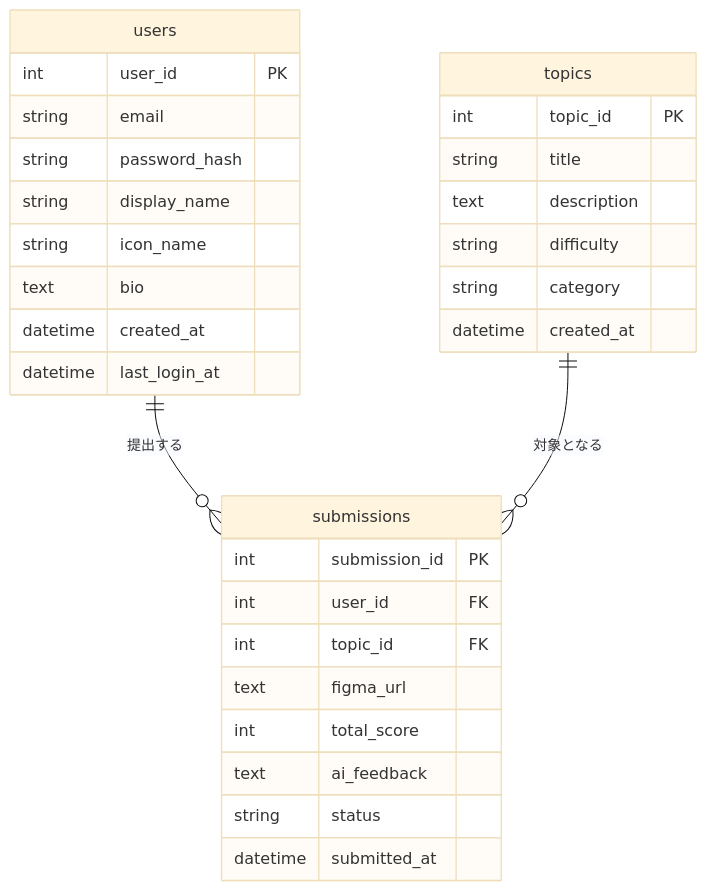
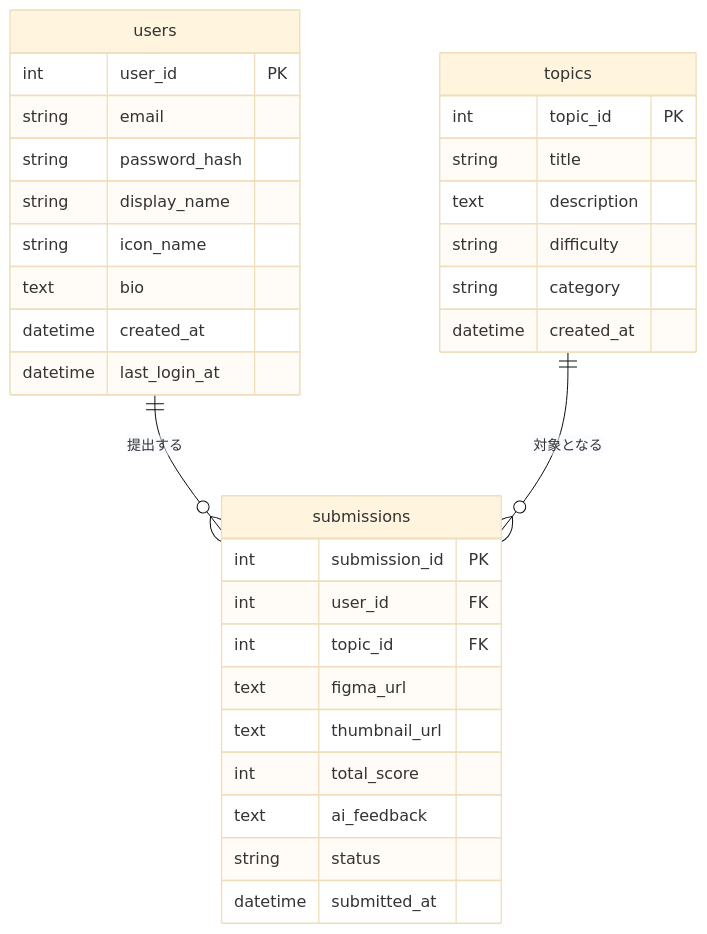
The first of 2 diagrams in 03_detailed_design.md (atmatsuda/techc_hack4), drawn with Mermaid (base theme) before and after one commit. The commit also changed other lines of this file and 9 other files, not shown here.

````diff
--- a/03_detailed_design.md
+++ b/03_detailed_design.md
@@ -27,37 +27,38 @@
 ```mermaid
 erDiagram
     users ||--o{ submissions : "提出する"
     topics ||--o{ submissions : "対象となる"
 
     users {
         int user_id PK
         string email
         string password_hash
         string display_name
         string icon_name
         text bio
         datetime created_at
         datetime last_login_at
     }
 
     topics {
         int topic_id PK
         string title
         text description
         string difficulty
         string category
         datetime created_at
     }
 
     submissions {
         int submission_id PK
         int user_id FK
         int topic_id FK
         text figma_url
+        text thumbnail_url
         int total_score
         text ai_feedback
         string status
         datetime submitted_at
     }
 
 ```
````
